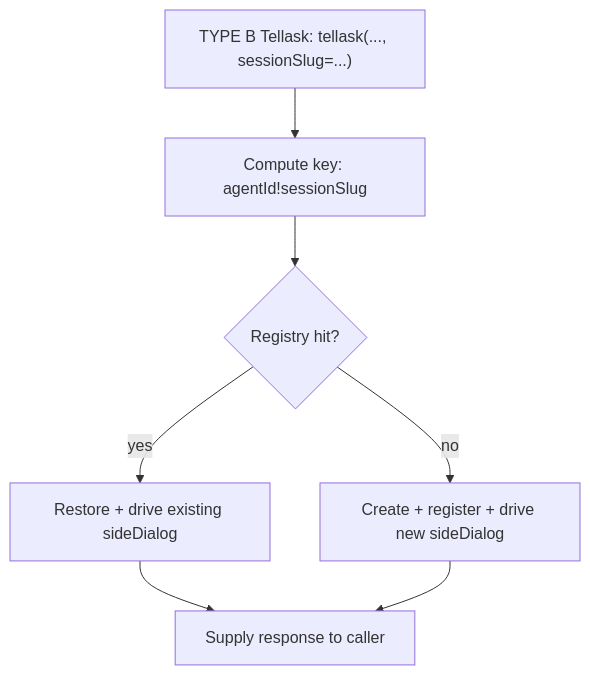
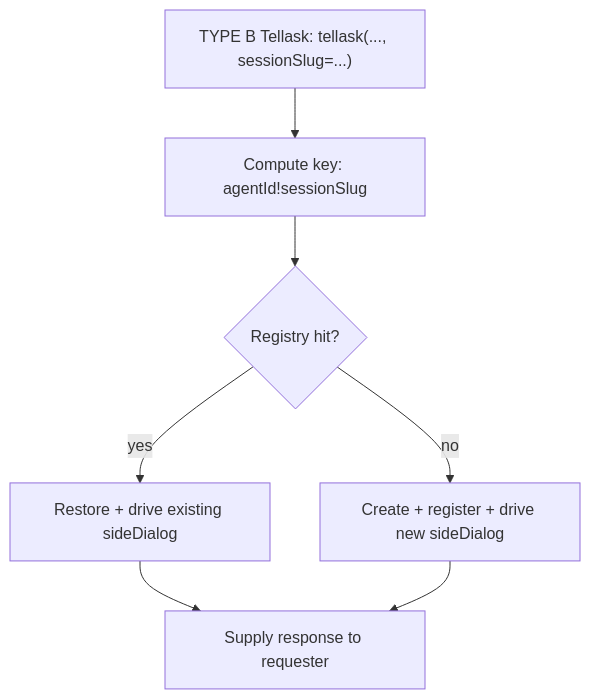
The eighth of 18 diagrams in docs/dialog-system.md (longrun-ai/dominds), drawn with Mermaid before and after one commit. The commit also changed other lines of this file and 105 other files, not shown here.

````diff
--- a/docs/dialog-system.md
+++ b/docs/dialog-system.md
@@ -908,9 +902,9 @@
 ```mermaid
 flowchart TD
   Tellask["TYPE B Tellask: tellask(..., sessionSlug=...)"] --> Key[Compute key: agentId!sessionSlug]
   Key --> Lookup{Registry hit?}
   Lookup -- yes --> Resume[Restore + drive existing sideDialog]
   Lookup -- no --> Create[Create + register + drive new sideDialog]
-  Resume --> Supply[Supply response to caller]
+  Resume --> Supply[Supply response to requester]
   Create --> Supply
 ```
````
